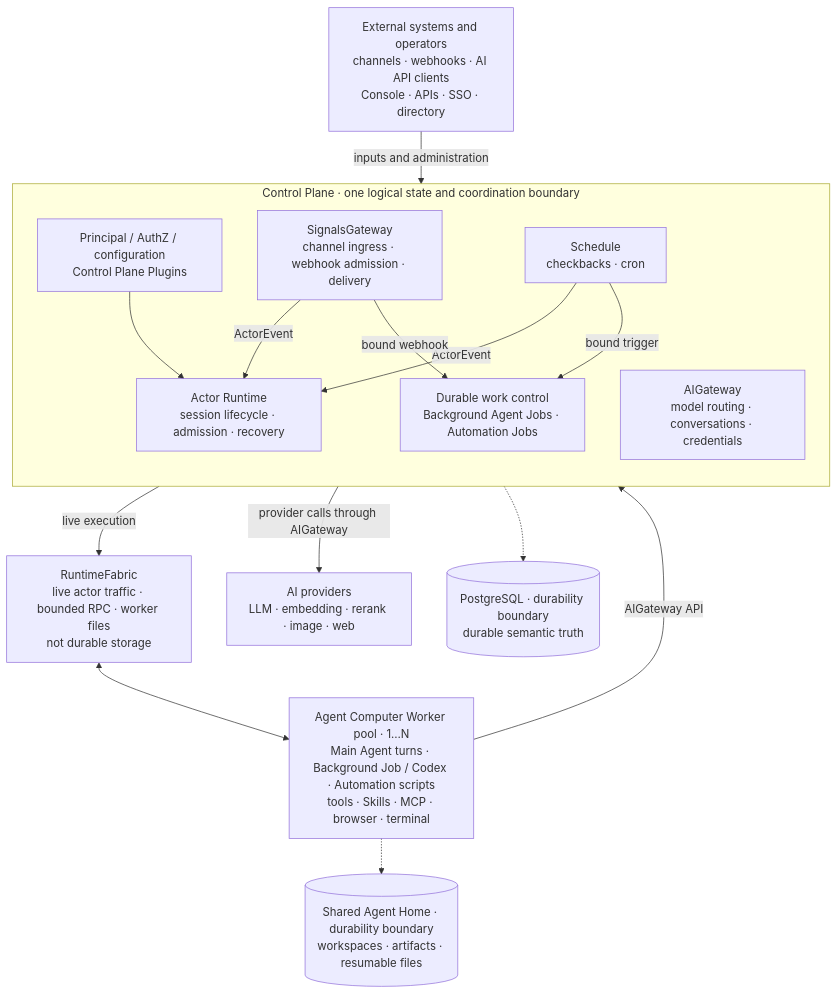
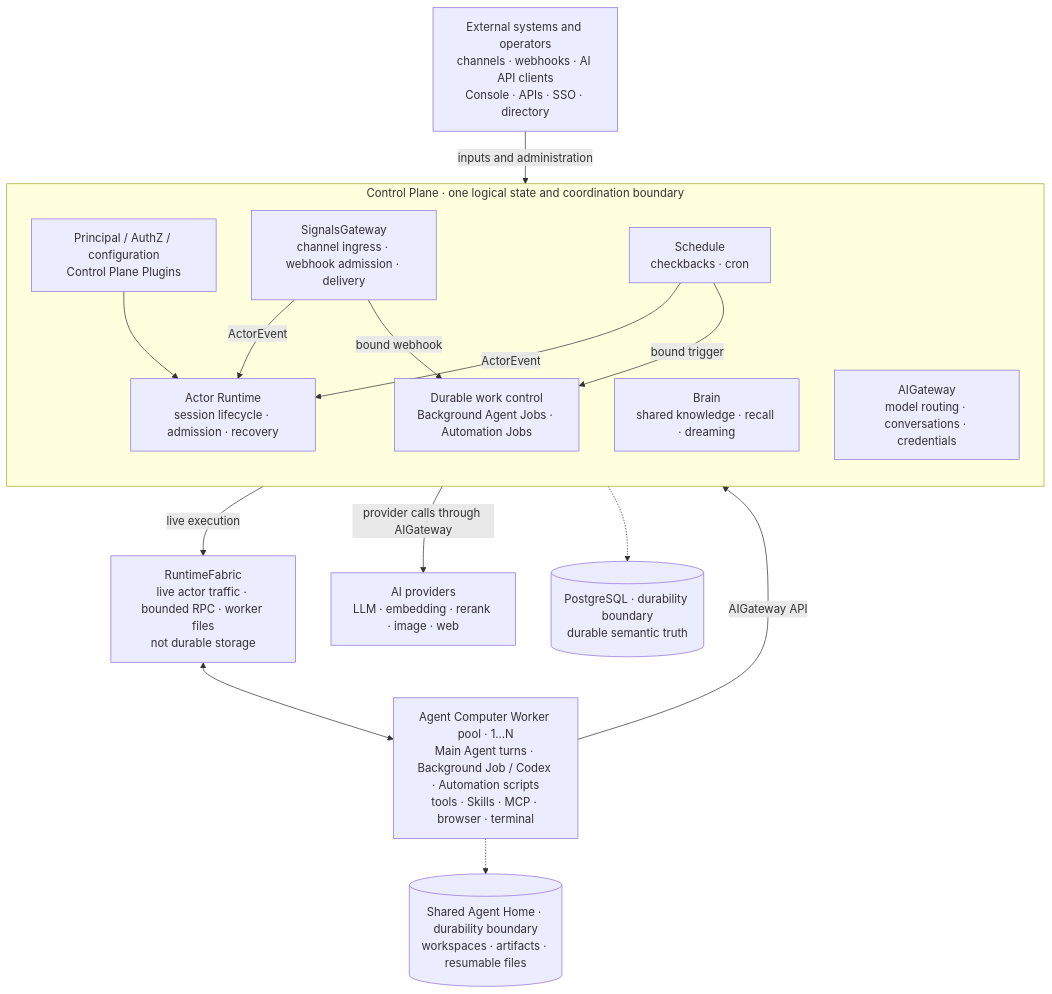
Before and after one commit to AgentBull/ankole: the diagram in README.md, drawn with Mermaid. The commit also changed other lines of this file and 261 other files, not shown here.

````diff
--- a/README.md
+++ b/README.md
@@ -80,34 +86,35 @@
 ```mermaid
 flowchart TB
   External["External systems and operators<br/>channels · webhooks · AI API clients<br/>Console · APIs · SSO · directory"]
 
   subgraph Control["Control Plane · one logical state and coordination boundary"]
     direction TB
     Platform["Principal / AuthZ / configuration<br/>Control Plane Plugins"]
     SG["SignalsGateway<br/>channel ingress · webhook admission · delivery"]
     Schedule["Schedule<br/>checkbacks · cron"]
     Runtime["Actor Runtime<br/>session lifecycle · admission · recovery"]
     Jobs["Durable work control<br/>Background Agent Jobs · Automation Jobs"]
+    Brain["Brain<br/>shared knowledge · recall · dreaming"]
     AI["AIGateway<br/>model routing · conversations · credentials"]
   end
 
   Fabric["RuntimeFabric<br/>live actor traffic · bounded RPC · worker files<br/>not durable storage"]
   Workers["Agent Computer Worker pool · 1…N<br/>Main Agent turns · Background Job / Codex · Automation scripts<br/>tools · Skills · MCP · browser · terminal"]
   Providers["AI providers<br/>LLM · embedding · rerank · image · web"]
 
   PG[("PostgreSQL · durability boundary<br/>durable semantic truth")]
   Home[("Shared Agent Home · durability boundary<br/>workspaces · artifacts · resumable files")]
 
   External -->|"inputs and administration"| Control
   SG -->|"ActorEvent"| Runtime
   Schedule -->|"ActorEvent"| Runtime
   SG -->|"bound webhook"| Jobs
   Schedule -->|"bound trigger"| Jobs
   Platform --> Runtime
   Control -->|"live execution"| Fabric
   Fabric <--> Workers
   Workers -->|"AIGateway API"| Control
   Control -->|"provider calls through AIGateway"| Providers
   Control -.-> PG
   Workers -.-> Home
 ```
````
